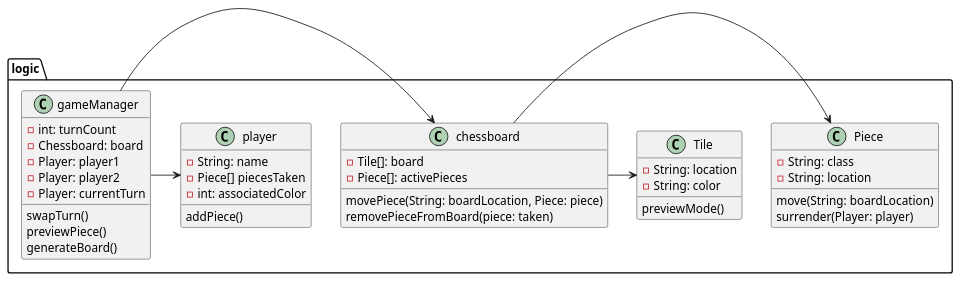
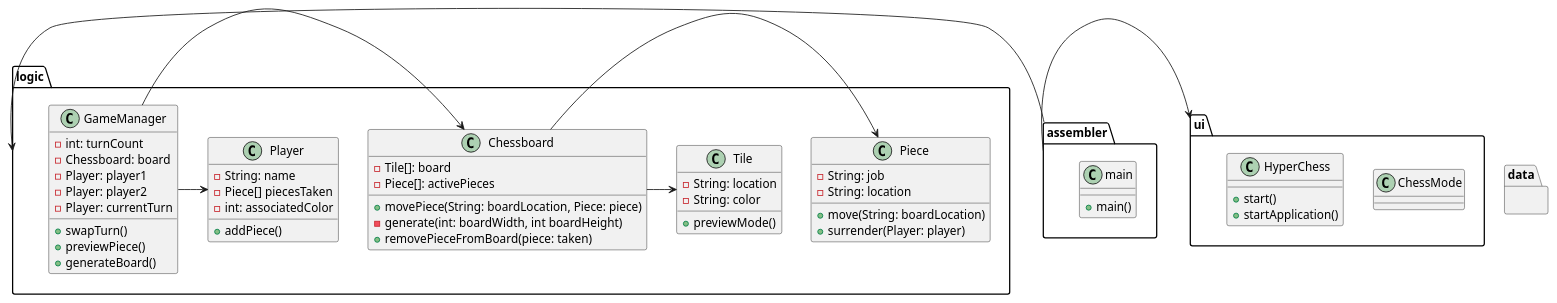
One commit to joaquinFontys/HyperChess changed the diagram in Documentation/classDiagramHyperChess.puml. Above: the diagram before and after it, drawn with PlantUML. The commit also changed 28 other files, not shown here.

```diff
--- a/Documentation/classDiagramHyperChess.puml
+++ b/Documentation/classDiagramHyperChess.puml
@@ -1,53 +1,71 @@
 @startuml
 'https://plantuml.com/sequence-diagram
+package assembler{
+class main{
++ main()
+}
+}
+package ui{
+class ChessMode{
 
+}
 
+class HyperChess {
+    + start()
+    + startApplication()
+}
+}
+package data{
+}
 package logic {
 
-class gameManager{
+class GameManager{
 - int: turnCount
 - Chessboard: board
 - Player: player1
 - Player: player2
 - Player: currentTurn
-swapTurn()
-previewPiece()
-generateBoard()
++ swapTurn()
++ previewPiece()
++ generateBoard()
 }
 
-class chessboard{
+class Chessboard{
 - Tile[]: board
 - Piece[]: activePieces
-movePiece(String: boardLocation, Piece: piece)
-removePieceFromBoard(piece: taken)
++ movePiece(String: boardLocation, Piece: piece)
+- generate(int: boardWidth, int boardHeight)
++ removePieceFromBoard(piece: taken)
 }
 
-class player{
+class Player{
 - String: name
 - Piece[] piecesTaken
 - int: associatedColor
-addPiece()
++ addPiece()
 }
 
 class Piece{
-- String: class
+- String: job
 - String: location
-move(String: boardLocation)
-surrender(Player: player)
++ move(String: boardLocation)
++ surrender(Player: player)
 }
 
 class Tile{
 - String: location
 - String: color
-previewMode()
++ previewMode()
 }
 
-gameManager->chessboard
-gameManager->player
-chessboard->Piece
-chessboard->Tile
+GameManager->Chessboard
+GameManager->Player
+Chessboard->Piece
+Chessboard->Tile
 }
+assembler->ui
+assembler->logic
 
 
 
 @enduml
```
